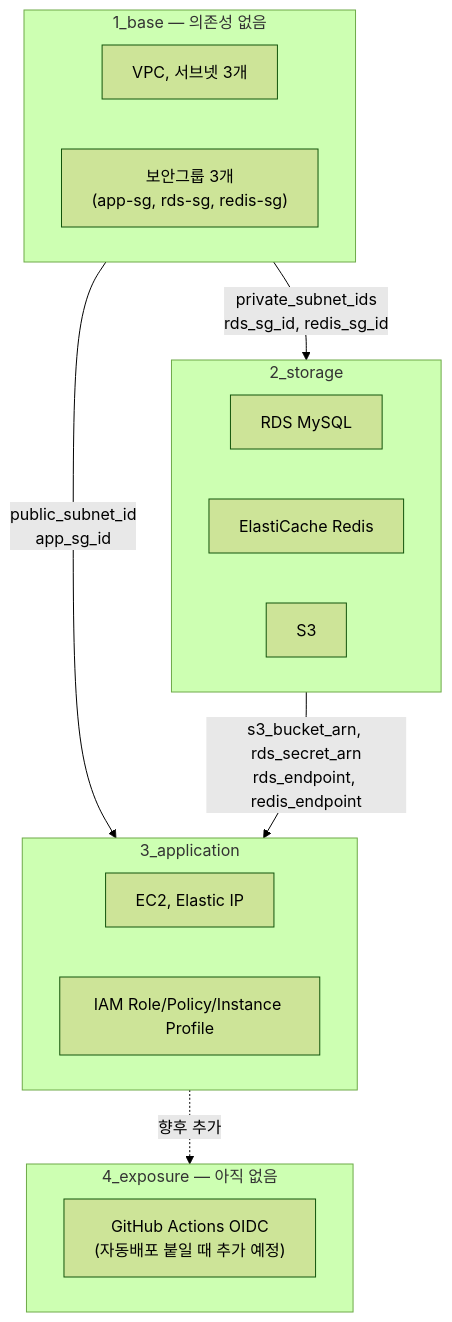
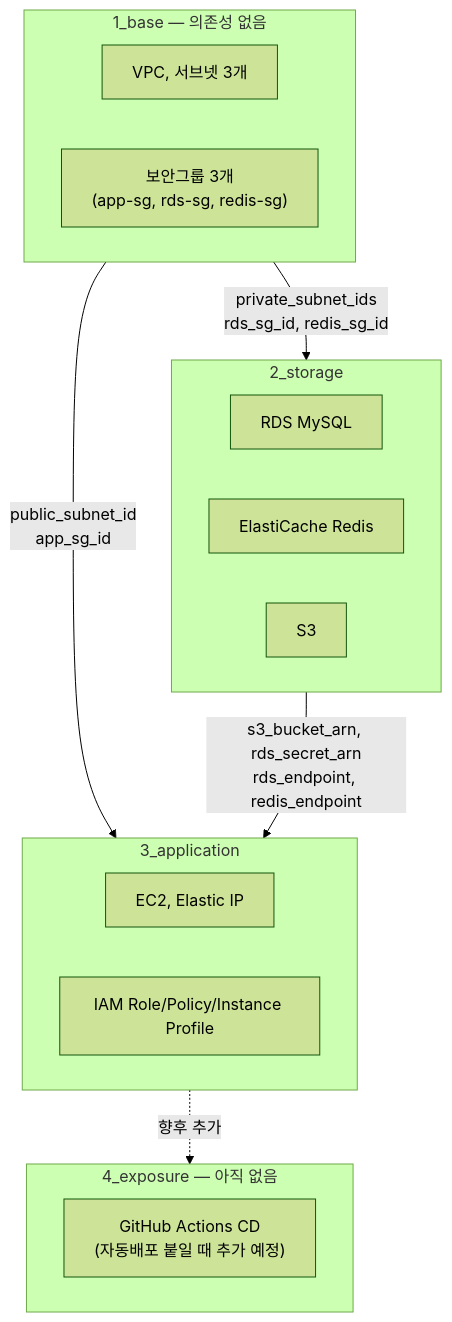
The diagram in docs/GUIDE.md (42VoiceBridge/42VoiceBridge_Infra), drawn with Mermaid (forest theme) before and after one commit. The commit also changed other lines of this file and 11 other files, not shown here.

````diff
--- a/docs/GUIDE.md
+++ b/docs/GUIDE.md
@@ -24,27 +26,27 @@
 ```mermaid
 graph TB
     subgraph L1["1_base — 의존성 없음"]
         VPC["VPC, 서브넷 3개"]
         SG["보안그룹 3개<br/>(app-sg, rds-sg, redis-sg)"]
     end
 
     subgraph L2["2_storage"]
         RDS["RDS MySQL"]
         REDIS["ElastiCache Redis"]
         S3["S3"]
     end
 
     subgraph L3["3_application"]
         EC2["EC2, Elastic IP"]
         IAM["IAM Role/Policy/Instance Profile"]
     end
 
     subgraph L4["4_exposure — 아직 없음"]
-        CICD["GitHub Actions OIDC<br/>(자동배포 붙일 때 추가 예정)"]
+        CICD["GitHub Actions CD<br/>(자동배포 붙일 때 추가 예정)"]
     end
 
     L1 -- "private_subnet_ids<br/>rds_sg_id, redis_sg_id" --> L2
     L1 -- "public_subnet_id<br/>app_sg_id" --> L3
     L2 -- "s3_bucket_arn, rds_secret_arn<br/>rds_endpoint, redis_endpoint" --> L3
     L3 -.향후 추가.-> L4
 ```
````
